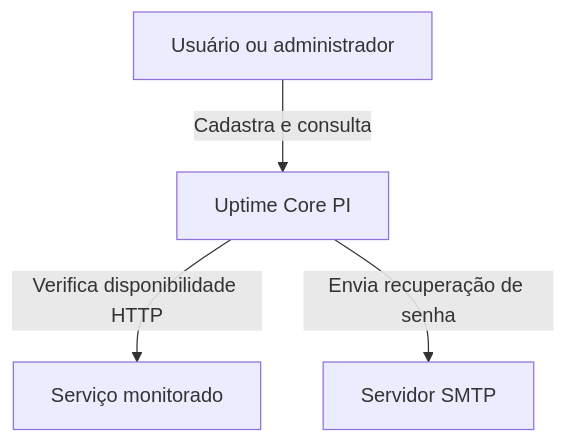
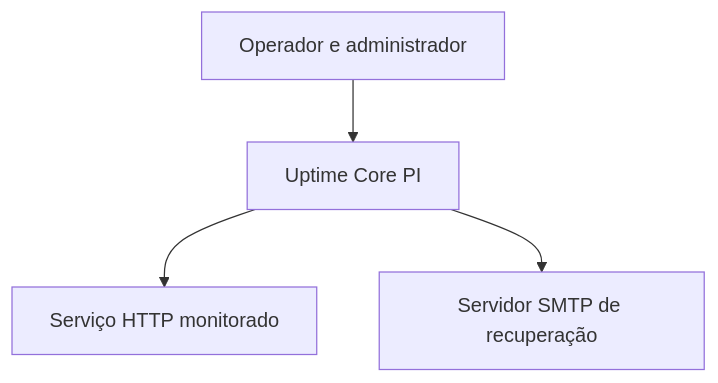
One commit to danieLx77/uptime-core-PI changed the first of 6 diagrams in docs/architecture.md. Above: the diagram before and after it, drawn with Mermaid. The commit also changed other lines of this file and 10 other files, not shown here.

````diff
--- a/docs/architecture.md
+++ b/docs/architecture.md
@@ -7,6 +7,6 @@
 ```mermaid
 flowchart TD
-    Account["Usuário ou administrador"] -->|Cadastra e consulta| System["Uptime Core PI"]
-    System -->|Verifica disponibilidade HTTP| Target["Serviço monitorado"]
-    System -->|Envia recuperação de senha| SMTP["Servidor SMTP"]
+    Operator["Operador e administrador"] --> PI["Uptime Core PI"]
+    PI --> Target["Serviço HTTP monitorado"]
+    PI --> Mail["Servidor SMTP de recuperação"]
 ```
````
